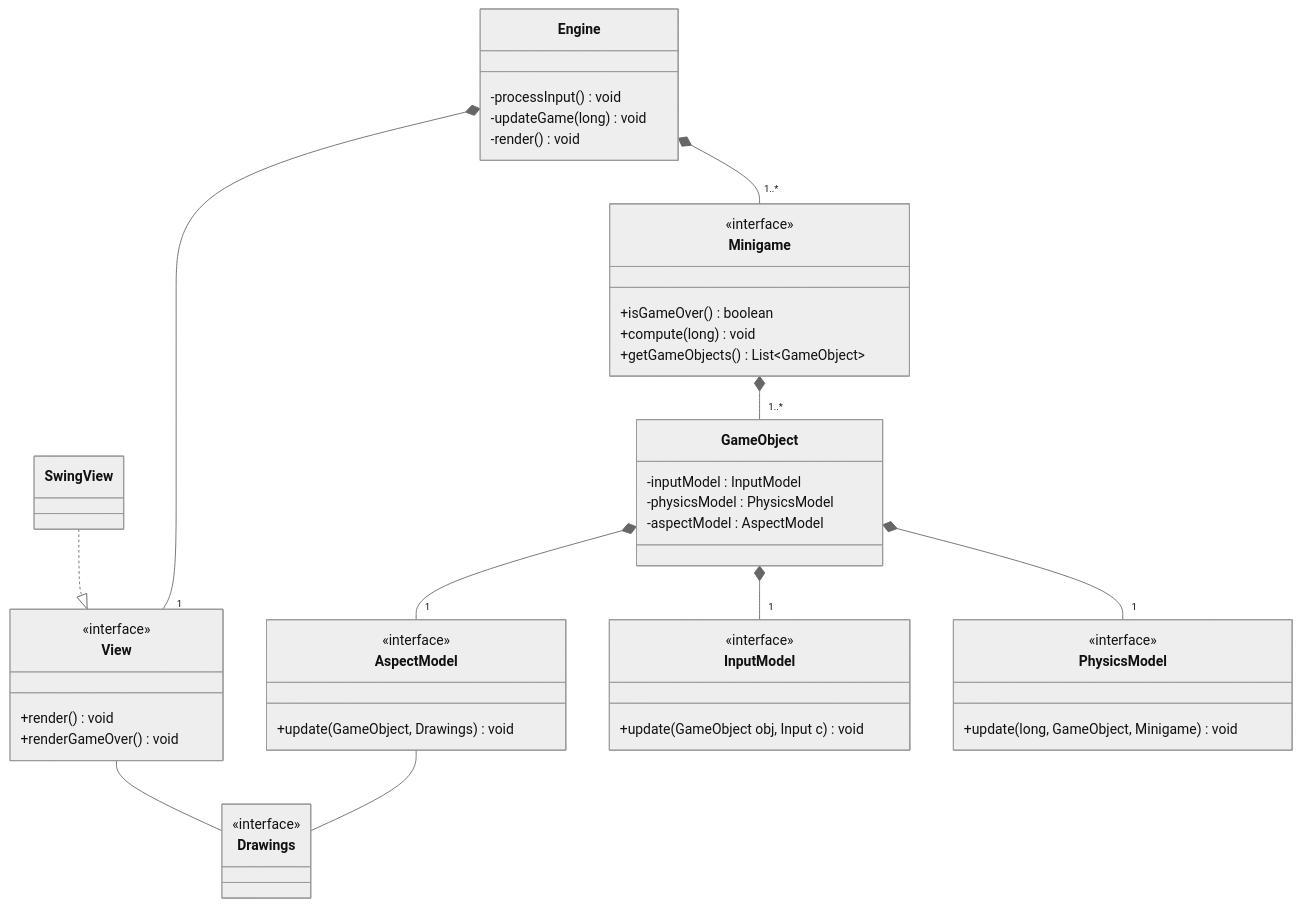
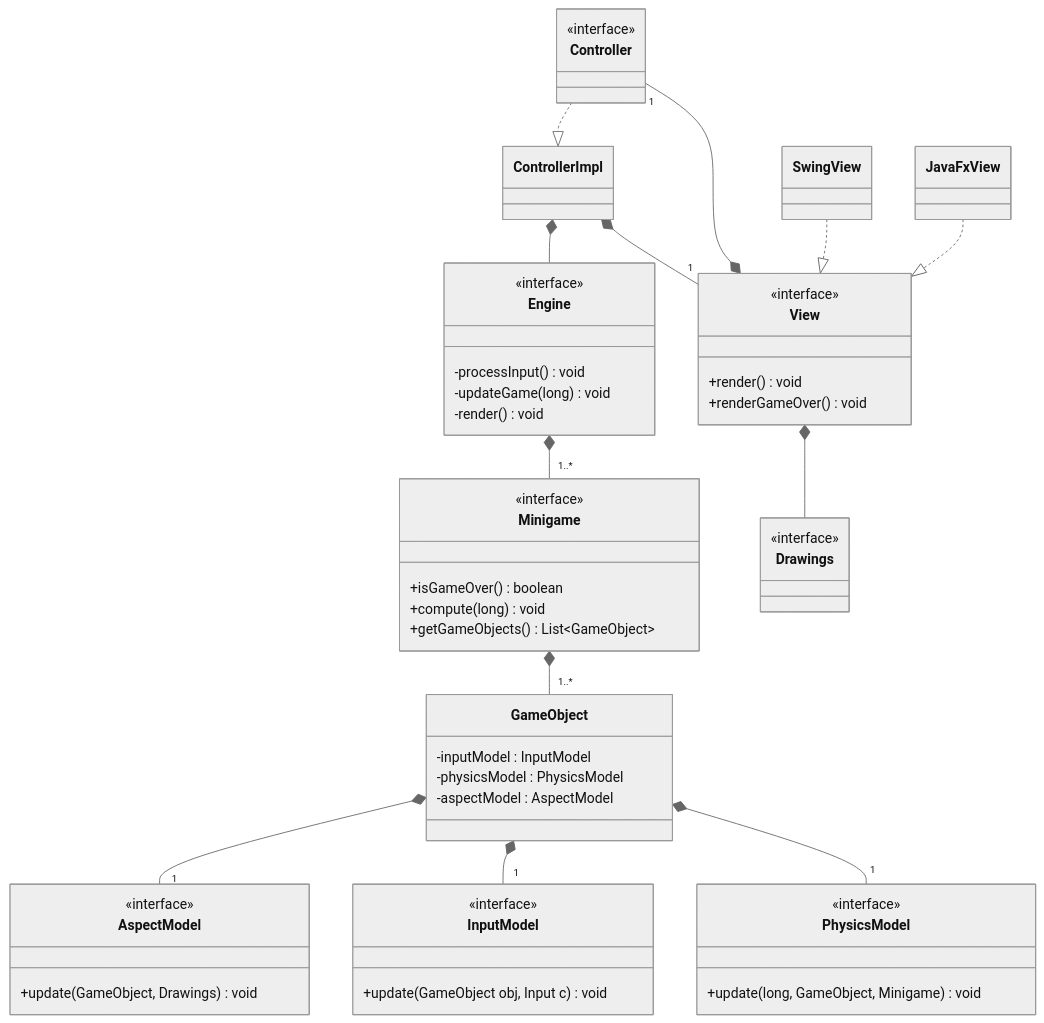
The diagram in documentation/diagrams/architecture.md (leo-tasso/OOP22-mtsk-game), drawn with Mermaid (neutral theme) before and after one commit. The commit also changed other lines of this file, not shown here.

Commit message:
Improved architecture diagram

```diff
--- a/documentation/diagrams/architecture.md
+++ b/documentation/diagrams/architecture.md
@@ -1,56 +1,63 @@
 ::: mermaid
 classDiagram
-    Engine *-- "1..*" Minigame 
-    Engine *-- "1" View
+    Engine *-- "1..*" Minigame
+    ControllerImpl *-- "1" View
+    Controller "1" --* View
     SwingView ..|> View
+    JavaFxView ..|> View
     Minigame *-- "1..*" GameObject
     GameObject *-- "1" AspectModel
     GameObject *-- "1" InputModel
     GameObject *-- "1" PhysicsModel
-    AspectModel -- Drawings
-    View -- Drawings
+    View *-- Drawings
+    Controller ..|> ControllerImpl
+    ControllerImpl *-- Engine
+    class Controller{
+        <<interface>>
+    }
 
     class Engine{
+    <<interface>>
     -processInput() void
     -updateGame(long) void
     -render() void
     }
     
     class Drawings{
         <<interface>>
     }
     
     class View{
     <<interface>>
     +render() void
     +renderGameOver() void
     }
 
     class Minigame{
     <<interface>>
     +isGameOver() boolean
     +compute(long) void
     +getGameObjects() List~GameObject~
     }
 
     class GameObject{
     -inputModel : InputModel 
     -physicsModel : PhysicsModel
     -aspectModel : AspectModel
     }
 
     class InputModel{
     <<interface>>
     +update(GameObject obj, Input c) void
     }
 
     class PhysicsModel{
     <<interface>>
     +update(long, GameObject, Minigame) void
     }
 
     class AspectModel{
     <<interface>>
     +update(GameObject, Drawings) void
     }
 :::
```
